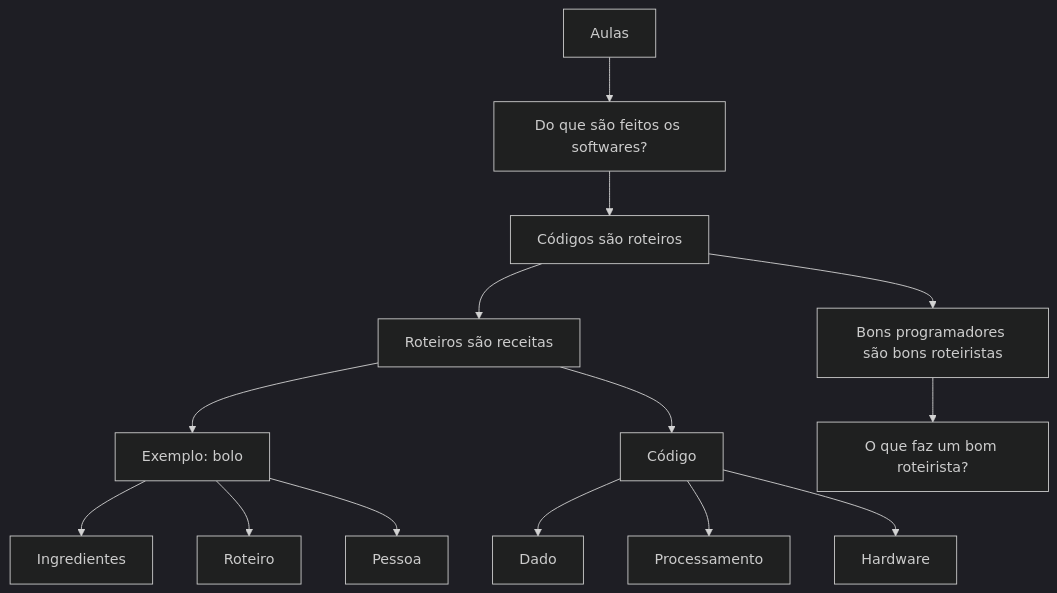
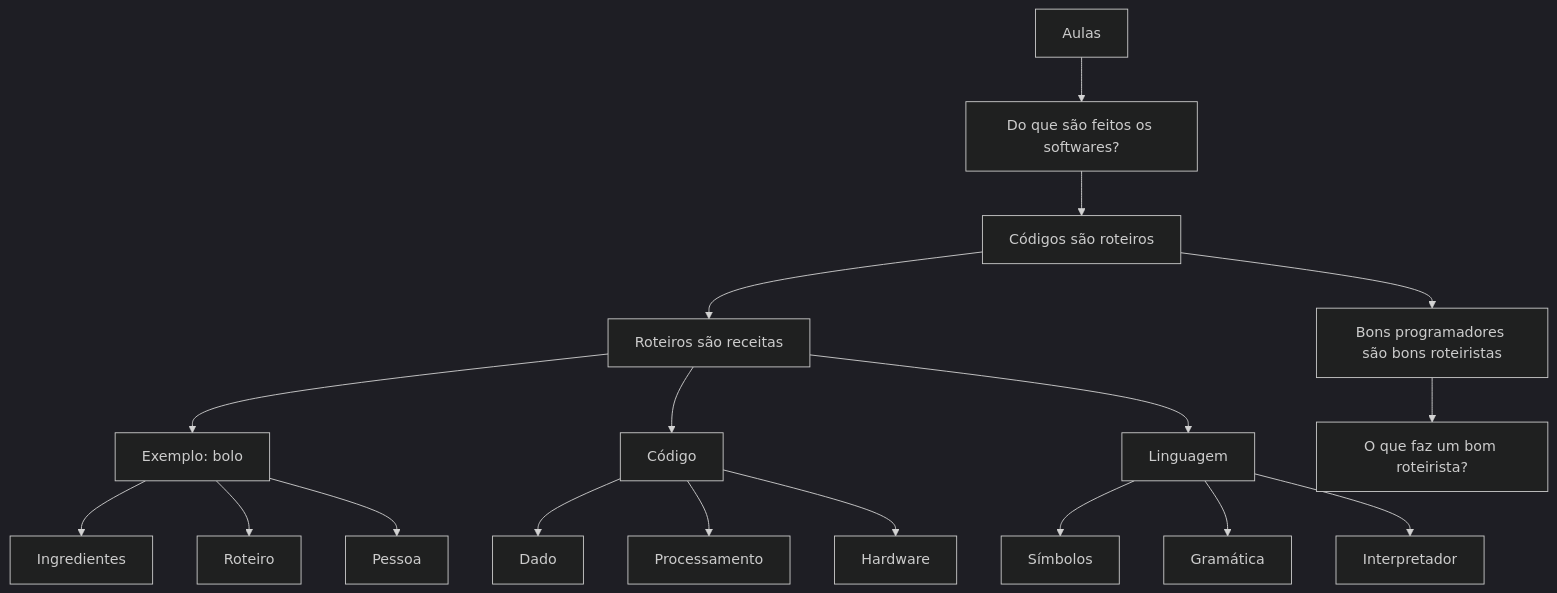
The diagram in aulas/README.md (laerciogermano/workstation), drawn with Mermaid (dark theme) before and after one commit. The commit also changed other lines of this file, not shown here.

Commit message:
Adiciona Linguagem sob receitas, com Símbolos, Gramática e Interpretador em paralelo ao bolo e ao Código.

````diff
--- a/aulas/README.md
+++ b/aulas/README.md
@@ -3,30 +3,38 @@
 ```mermaid
 flowchart TD
   A[Aulas]
   B[Do que são feitos os softwares?]
   C[Códigos são roteiros]
   D[Roteiros são receitas]
   DX[Exemplo: bolo]
   D1[Ingredientes]
   D2[Roteiro]
   D3[Pessoa]
   CG[Código]
   CG1[Dado]
   CG2[Processamento]
   CG3[Hardware]
+  LG[Linguagem]
+  LG1[Símbolos]
+  LG2[Gramática]
+  LG3[Interpretador]
   E[Bons programadores são bons roteiristas]
   F[O que faz um bom roteirista?]
   A --> B
   B --> C
   C --> D
   C --> E
   E --> F
   D --> DX
   D --> CG
+  D --> LG
   DX --> D1
   DX --> D2
   DX --> D3
   CG --> CG1
   CG --> CG2
   CG --> CG3
+  LG --> LG1
+  LG --> LG2
+  LG --> LG3
 ```
````
